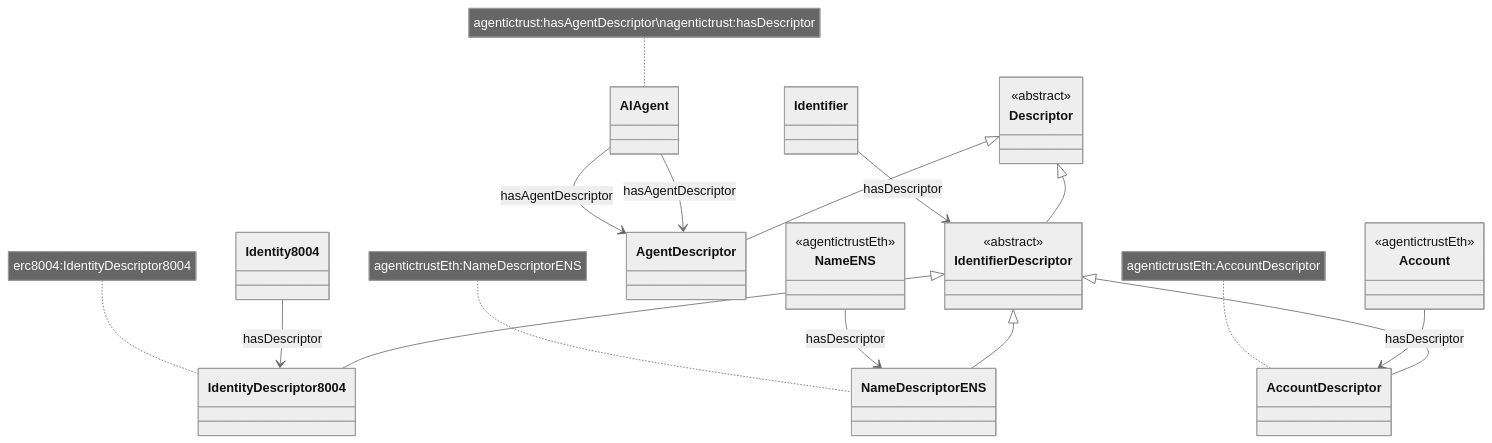
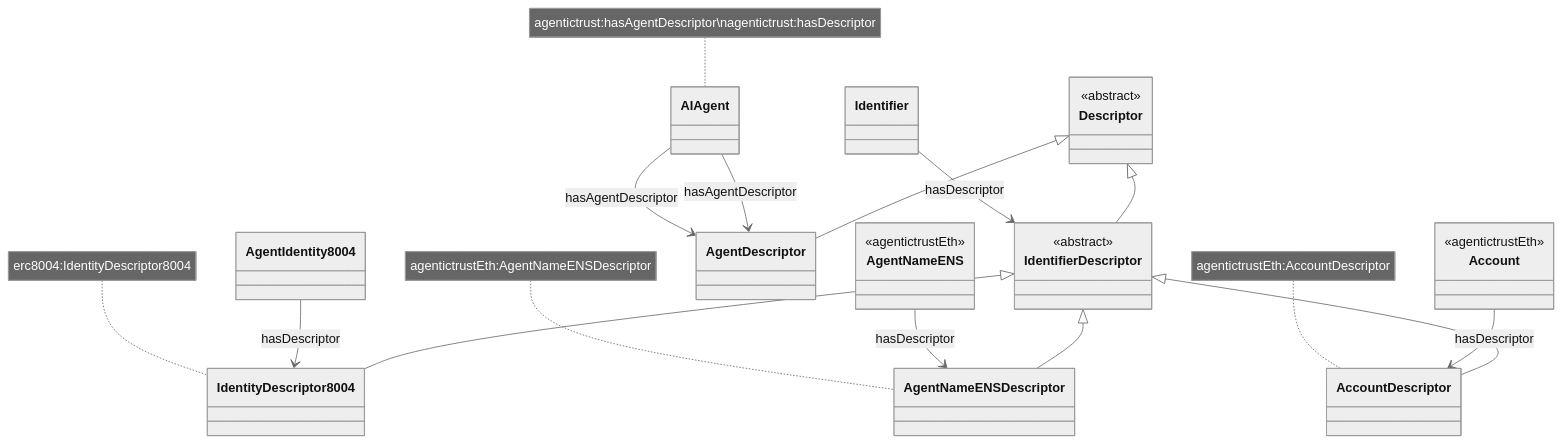
Before and after one commit to Agentic-Trust-Layer/agent-explorer: the sixth of 6 diagrams in docs/ontology/identifiers.md, drawn with Mermaid (neutral theme). The commit also changed other lines of this file and 10 other files, not shown here.

Commit message:
update adding agent to front of Identity and Name

````diff
--- a/docs/ontology/identifiers.md
+++ b/docs/ontology/identifiers.md
@@ -320,47 +320,47 @@
 ```mermaid
 classDiagram
     class AIAgent {
     }
     class Identifier {
     }
-    class Identity8004 {
+    class AgentIdentity8004 {
     }
-    class NameENS {
+    class AgentNameENS {
         <<agentictrustEth>>
     }
     class Account {
         <<agentictrustEth>>
     }
     class Descriptor {
         <<abstract>>
     }
     class AgentDescriptor {
     }
     class IdentifierDescriptor {
         <<abstract>>
     }
     class IdentityDescriptor8004 {
     }
-    class NameDescriptorENS {
+    class AgentNameENSDescriptor {
     }
     class AccountDescriptor {
     }
     
     AIAgent --> AgentDescriptor : hasAgentDescriptor
     AIAgent --> AgentDescriptor : hasAgentDescriptor
     Identifier --> IdentifierDescriptor : hasDescriptor
-    Identity8004 --> IdentityDescriptor8004 : hasDescriptor
-    NameENS --> NameDescriptorENS : hasDescriptor
+    AgentIdentity8004 --> IdentityDescriptor8004 : hasDescriptor
+    AgentNameENS --> AgentNameENSDescriptor : hasDescriptor
     Account --> AccountDescriptor : hasDescriptor
     
     note for IdentityDescriptor8004 "erc8004:IdentityDescriptor8004"
-    note for NameDescriptorENS "agentictrustEth:NameDescriptorENS"
+    note for AgentNameENSDescriptor "agentictrustEth:AgentNameENSDescriptor"
     note for AccountDescriptor "agentictrustEth:AccountDescriptor"
     note for AIAgent "agentictrust:hasAgentDescriptor\nagentictrust:hasDescriptor"
     
     Descriptor <|-- AgentDescriptor
     Descriptor <|-- IdentifierDescriptor
     IdentifierDescriptor <|-- IdentityDescriptor8004
-    IdentifierDescriptor <|-- NameDescriptorENS
+    IdentifierDescriptor <|-- AgentNameENSDescriptor
     IdentifierDescriptor <|-- AccountDescriptor
 ```
````
